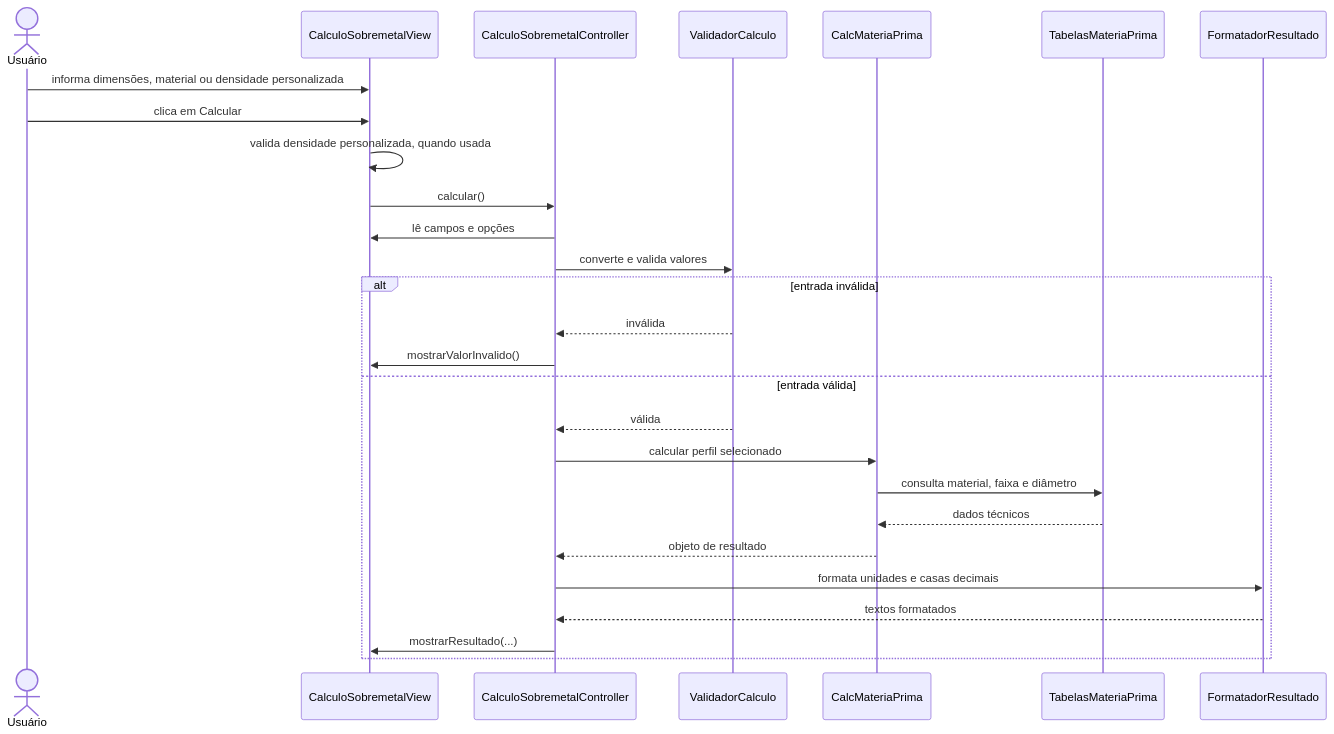
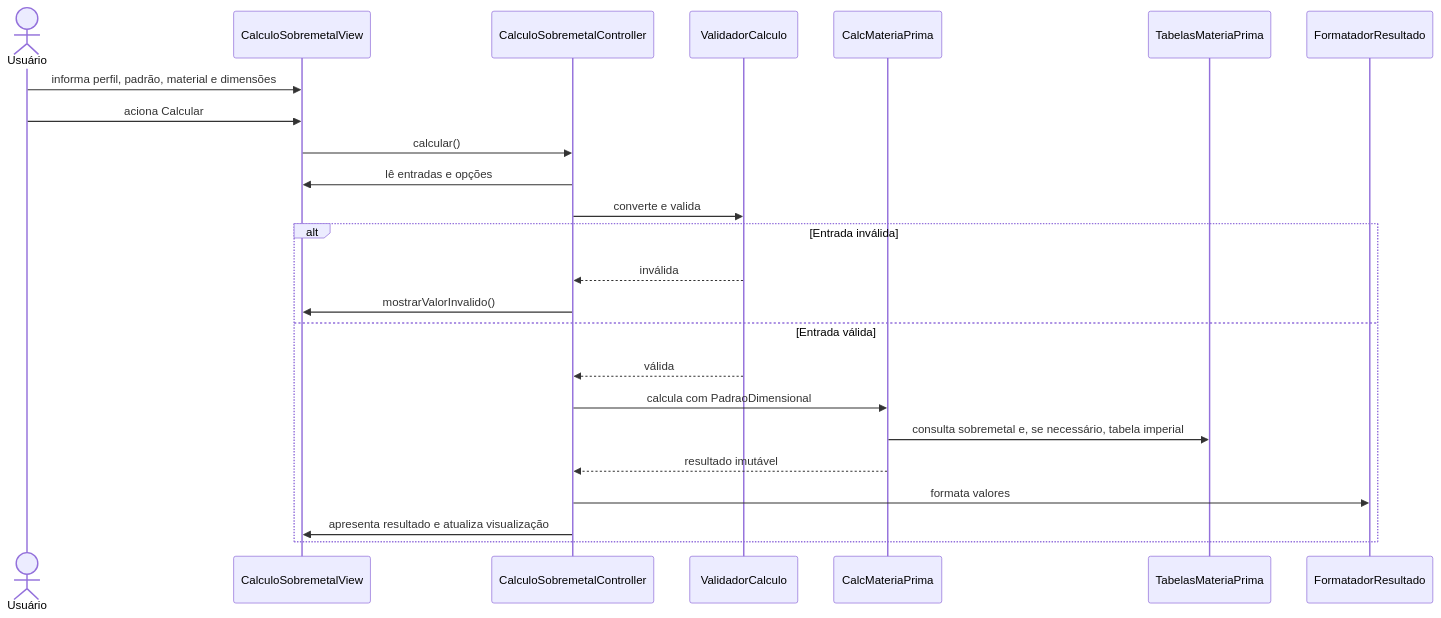
The second of 3 diagrams in docs/arquitetura.md (rafaelcpinto/MateriaPrima), drawn with Mermaid before and after one commit. The commit also changed other lines of this file and 33 other files, not shown here.

````diff
--- a/docs/arquitetura.md
+++ b/docs/arquitetura.md
@@ -115,31 +54,28 @@
 ```mermaid
 sequenceDiagram
     actor Usuario as Usuário
     participant View as CalculoSobremetalView
     participant Controller as CalculoSobremetalController
     participant Validator as ValidadorCalculo
     participant Model as CalcMateriaPrima
     participant Tables as TabelasMateriaPrima
     participant Formatter as FormatadorResultado
 
-    Usuario->>View: informa dimensões, material ou densidade personalizada
-    Usuario->>View: clica em Calcular
-    View->>View: valida densidade personalizada, quando usada
+    Usuario->>View: informa perfil, padrão, material e dimensões
+    Usuario->>View: aciona Calcular
     View->>Controller: calcular()
-    Controller->>View: lê campos e opções
-    Controller->>Validator: converte e valida valores
+    Controller->>View: lê entradas e opções
+    Controller->>Validator: converte e valida
 
-    alt entrada inválida
+    alt Entrada inválida
         Validator-->>Controller: inválida
         Controller->>View: mostrarValorInvalido()
-    else entrada válida
+    else Entrada válida
         Validator-->>Controller: válida
-        Controller->>Model: calcular perfil selecionado
-        Model->>Tables: consulta material, faixa e diâmetro
-        Tables-->>Model: dados técnicos
-        Model-->>Controller: objeto de resultado
-        Controller->>Formatter: formata unidades e casas decimais
-        Formatter-->>Controller: textos formatados
-        Controller->>View: mostrarResultado(...)
+        Controller->>Model: calcula com PadraoDimensional
+        Model->>Tables: consulta sobremetal e, se necessário, tabela imperial
+        Model-->>Controller: resultado imutável
+        Controller->>Formatter: formata valores
+        Controller->>View: apresenta resultado e atualiza visualização
     end
 ```
````
